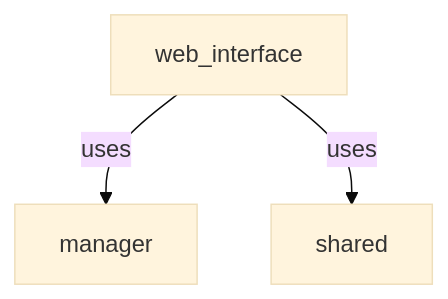
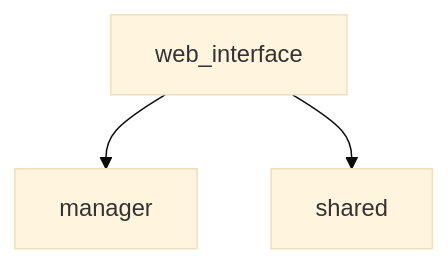
Before and after one commit to Fl4m3Ph03n1x/market_manager: the diagram in apps/web_interface/README.md, drawn with Mermaid (base theme). The commit also changed other lines of this file and 8 other files, not shown here.

````diff
--- a/apps/web_interface/README.md
+++ b/apps/web_interface/README.md
@@ -16,5 +68,5 @@
 ```mermaid
-  graph TD;
-      web_interface--uses-->manager
-      web_interface--uses-->shared
+graph TD
+  web_interface --> manager
+  web_interface --> shared
 ```
````
